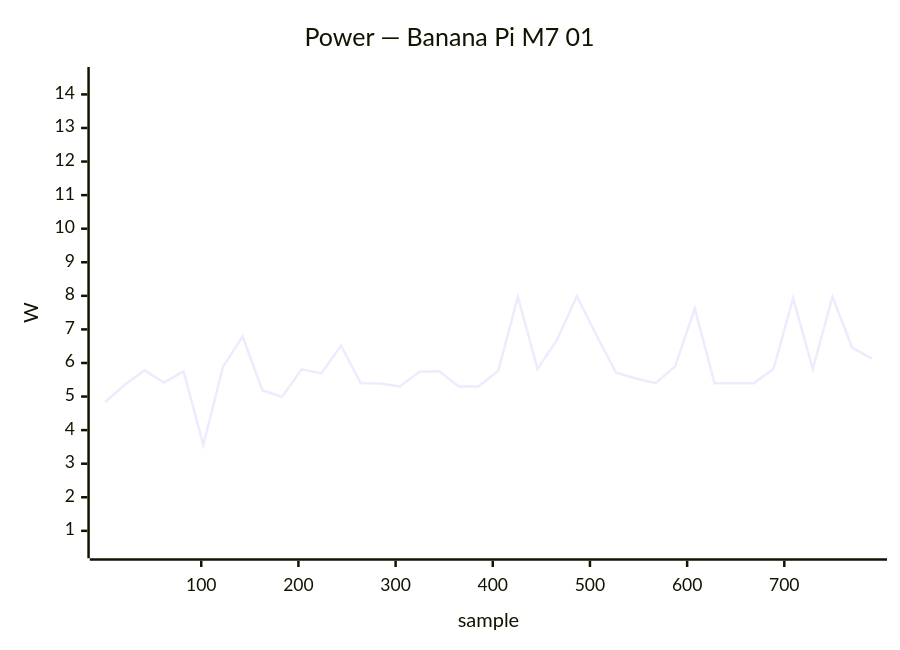
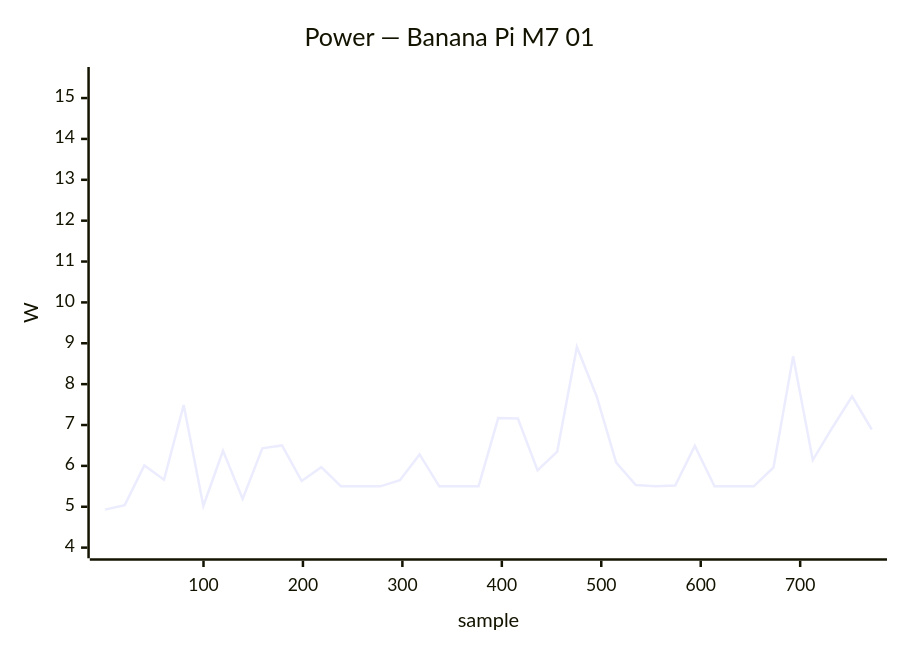
Before and after one commit to armbian/documentation: the tenth of 39 diagrams in docs/status/board-tests.md, drawn with Mermaid. The commit also changed other lines of this file, not shown here.

````diff
--- a/docs/status/board-tests.md
+++ b/docs/status/board-tests.md
@@ -466,7 +409,7 @@
 ```mermaid
 xychart-beta
     title "Power — Banana Pi M7 01"
-    x-axis "sample" 1 --> 790
-    y-axis "W" 0.5 --> 14.5
-    line [4.83, 5.35, 5.78, 5.42, 5.75, 3.56, 5.89, 6.79, 5.19, 4.99, 5.81, 5.69, 6.52, 5.40, 5.39, 5.30, 5.74, 5.75, 5.30, 5.30, 5.77, 7.97, 5.82, 6.70, 7.99, 6.82, 5.71, 5.54, 5.40, 5.90, 7.62, 5.40, 5.40, 5.40, 5.82, 7.93, 5.82, 7.97, 6.46, 6.13]
+    x-axis "sample" 1 --> 772
+    y-axis "W" 4.0 --> 15.5
+    line [4.93, 5.04, 6.01, 5.66, 7.49, 5.02, 6.37, 5.19, 6.43, 6.50, 5.63, 5.97, 5.50, 5.50, 5.50, 5.65, 6.28, 5.50, 5.50, 5.50, 7.17, 7.16, 5.89, 6.35, 8.91, 7.71, 6.08, 5.53, 5.50, 5.52, 6.49, 5.50, 5.50, 5.50, 5.96, 8.68, 6.14, 6.94, 7.70, 6.89]
 ```
````
